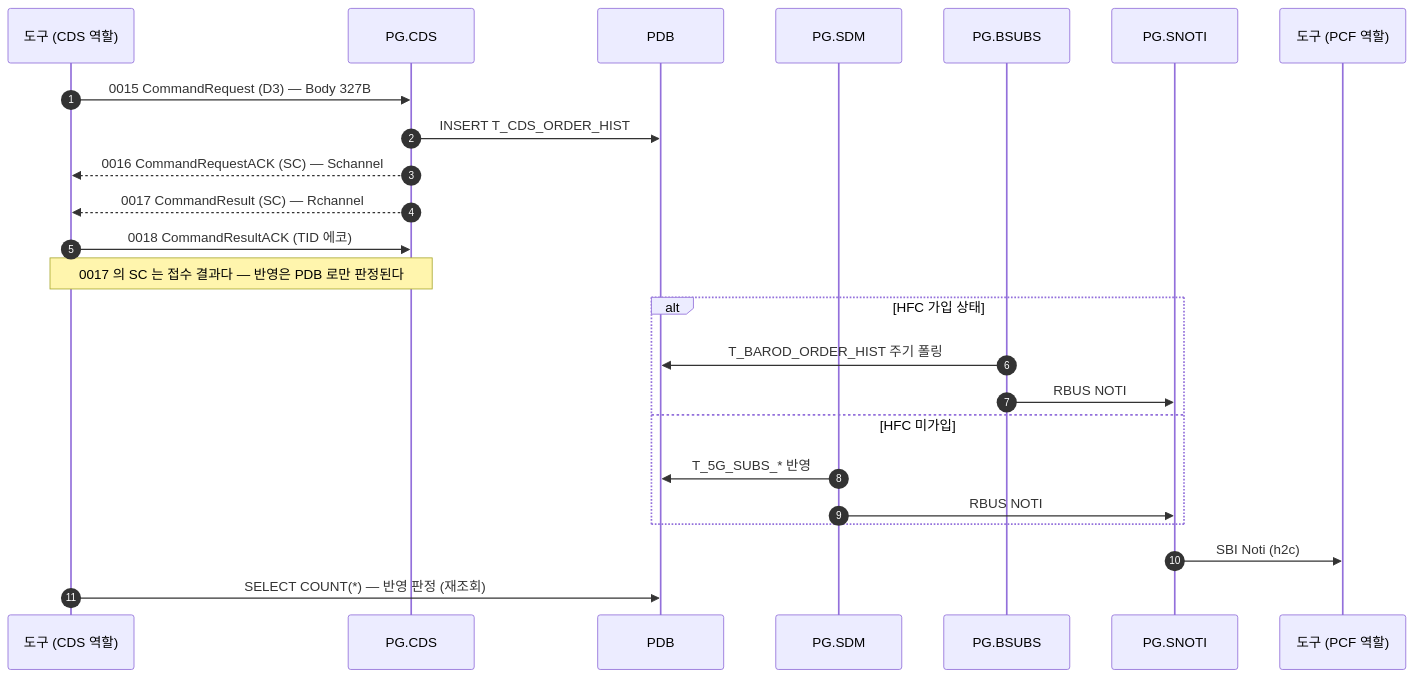
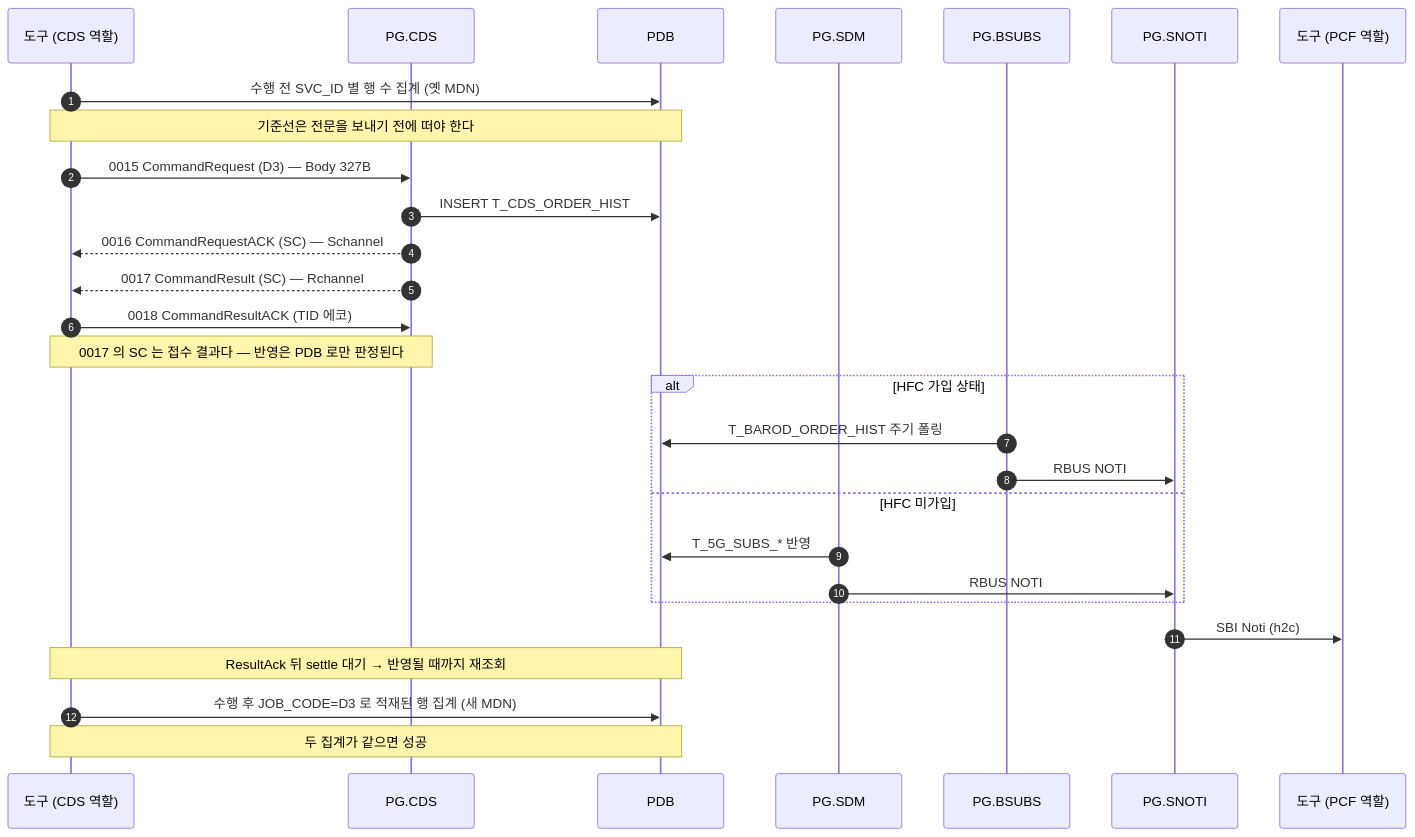
The diagram in docs/callflow/CDS_D3.md (IanKim2030/tc4robot), drawn with Mermaid before and after one commit. The commit also changed 18 other files, not shown here.

First line of the commit message:
docs: 콜플로우의 PDB 판정을 코드별 실제 조회로 바꾼다

````diff
--- a/docs/callflow/CDS_D3.md
+++ b/docs/callflow/CDS_D3.md
@@ -17,28 +17,32 @@
 ```mermaid
 sequenceDiagram
     autonumber
     participant TOOL as 도구 (CDS 역할)
     participant PCDS as PG.CDS
     participant PDB as PDB
     participant SDM as PG.SDM
     participant BSUBS as PG.BSUBS
     participant SNOTI as PG.SNOTI
     participant PCF as 도구 (PCF 역할)
 
+    TOOL->>PDB: 수행 전 SVC_ID 별 행 수 집계 (옛 MDN)
+    Note over TOOL,PDB: 기준선은 전문을 보내기 전에 떠야 한다
     TOOL->>PCDS: 0015 CommandRequest (D3) — Body 327B
     PCDS->>PDB: INSERT T_CDS_ORDER_HIST
     PCDS-->>TOOL: 0016 CommandRequestACK (SC) — Schannel
     PCDS-->>TOOL: 0017 CommandResult (SC) — Rchannel
     TOOL->>PCDS: 0018 CommandResultACK (TID 에코)
     Note over TOOL,PCDS: 0017 의 SC 는 접수 결과다 — 반영은 PDB 로만 판정된다
 
     alt HFC 가입 상태
         BSUBS->>PDB: T_BAROD_ORDER_HIST 주기 폴링
         BSUBS->>SNOTI: RBUS NOTI
     else HFC 미가입
         SDM->>PDB: T_5G_SUBS_* 반영
         SDM->>SNOTI: RBUS NOTI
     end
     SNOTI->>PCF: SBI Noti (h2c)
-    TOOL->>PDB: SELECT COUNT(*) — 반영 판정 (재조회)
+    Note over TOOL,PDB: ResultAck 뒤 settle 대기 → 반영될 때까지 재조회
+    TOOL->>PDB: 수행 후 JOB_CODE=D3 로 적재된 행 집계 (새 MDN)
+    Note over TOOL,PDB: 두 집계가 같으면 성공
 ```
````
